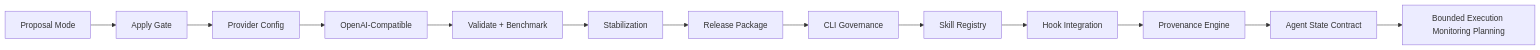
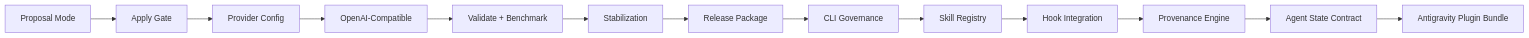
The second of 2 diagrams in README.md (ProfRandom92/comptext-cli), drawn with Mermaid before and after one commit. The commit also changed other lines of this file and 15 other files, not shown here.

First line of the commit message:
Phase 17: Antigravity Plugin Bundle Skeleton (#3)

````diff
--- a/README.md
+++ b/README.md
@@ -156,15 +157,15 @@
 ```mermaid
 flowchart LR
     P5[Proposal Mode] --> P6[Apply Gate]
     P6 --> P7[Provider Config]
     P7 --> P8[OpenAI-Compatible]
     P8 --> P9[Validate + Benchmark]
     P9 --> P10[Stabilization]
     P10 --> P11[Release Package]
     P11 --> P12[CLI Governance]
     P12 --> P13[Skill Registry]
     P13 --> P14[Hook Integration]
     P14 --> P15[Provenance Engine]
     P15 --> P16[Agent State Contract]
-    P16 --> P17[Bounded Execution Monitoring Planning]
+    P16 --> P17[Antigravity Plugin Bundle]
 ```
````
